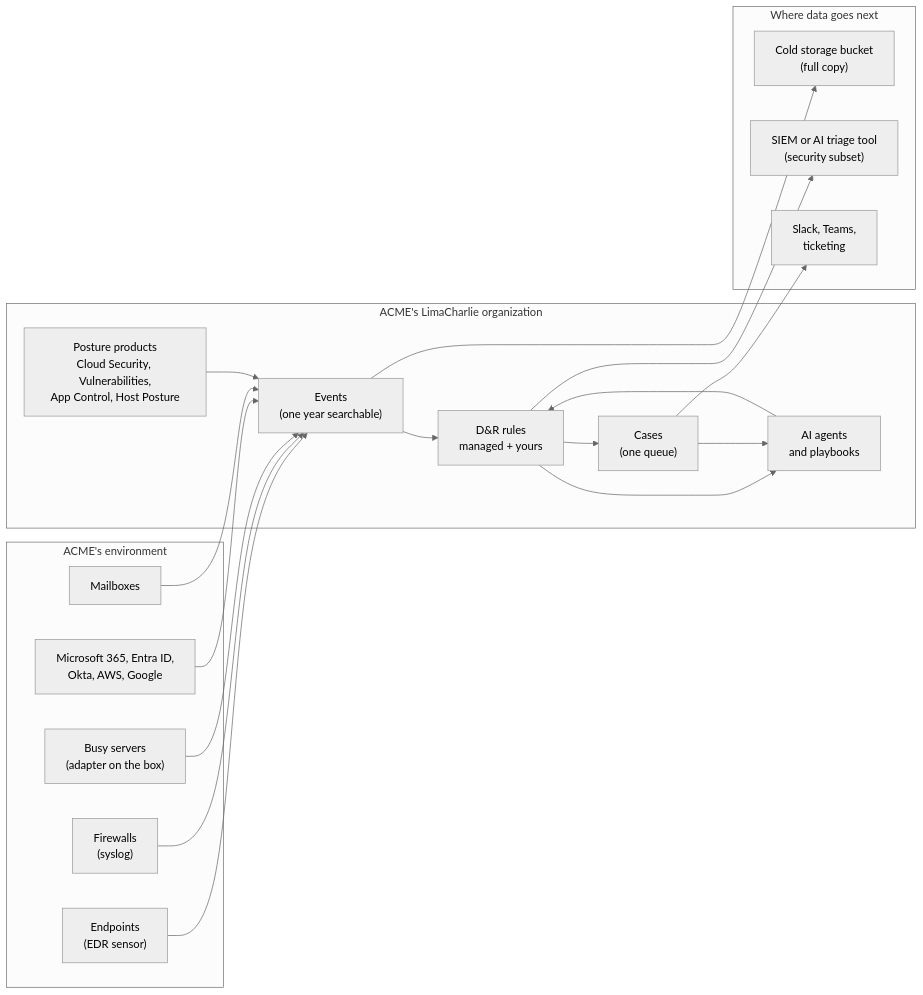
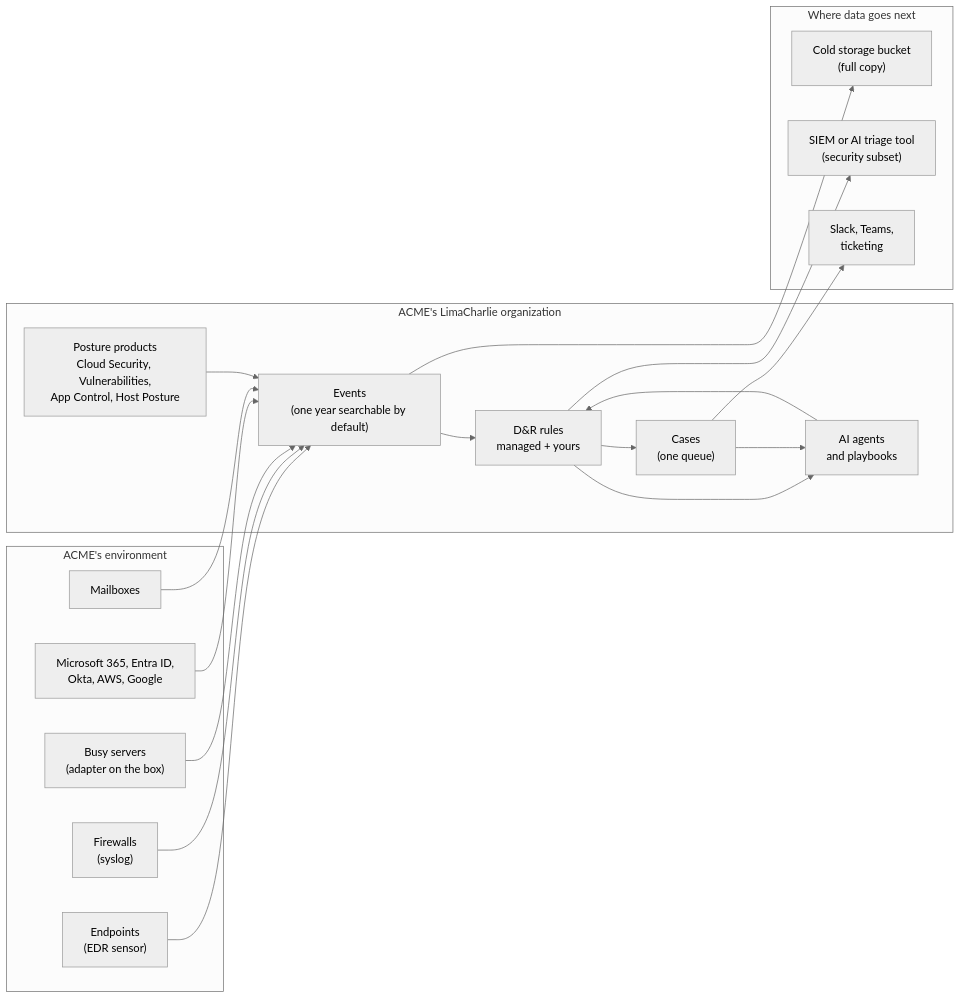
Before and after one commit to refractionPOINT/documentation: the first of 2 diagrams in docs/1-getting-started/mssp-deployment/index.md, drawn with Mermaid (neutral theme). The commit also changed other lines of this file and 4 other files, not shown here.

````diff
--- a/docs/1-getting-started/mssp-deployment/index.md
+++ b/docs/1-getting-started/mssp-deployment/index.md
@@ -34,39 +34,39 @@
 ```mermaid
 flowchart LR
     subgraph Customer["ACME's environment"]
         EP["Endpoints<br/>(EDR sensor)"]
         FW["Firewalls<br/>(syslog)"]
         DC["Busy servers<br/>(adapter on the box)"]
         SAAS["Microsoft 365, Entra ID,<br/>Okta, AWS, Google"]
         MAIL["Mailboxes"]
     end
 
     subgraph Org["ACME's LimaCharlie organization"]
-        EVT["Events<br/>(one year searchable)"]
+        EVT["Events<br/>(one year searchable by default)"]
         DR["D&R rules<br/>managed + yours"]
         POST["Posture products<br/>Cloud Security, Vulnerabilities,<br/>App Control, Host Posture"]
         CASES["Cases<br/>(one queue)"]
         AI["AI agents<br/>and playbooks"]
     end
 
     subgraph Out["Where data goes next"]
         COLD["Cold storage bucket<br/>(full copy)"]
         SIEM["SIEM or AI triage tool<br/>(security subset)"]
         NOTIFY["Slack, Teams,<br/>ticketing"]
     end
 
     EP --> EVT
     FW --> EVT
     DC --> EVT
     SAAS --> EVT
     MAIL --> EVT
     POST --> EVT
     EVT --> DR
     DR --> CASES
     DR --> AI
     CASES --> AI
     AI --> DR
     EVT --> COLD
     DR --> SIEM
     CASES --> NOTIFY
 ```
````
